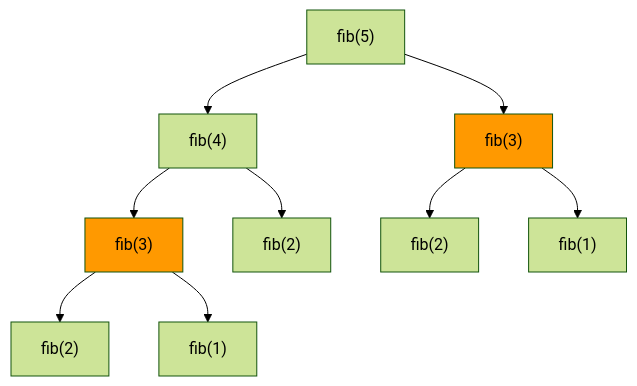
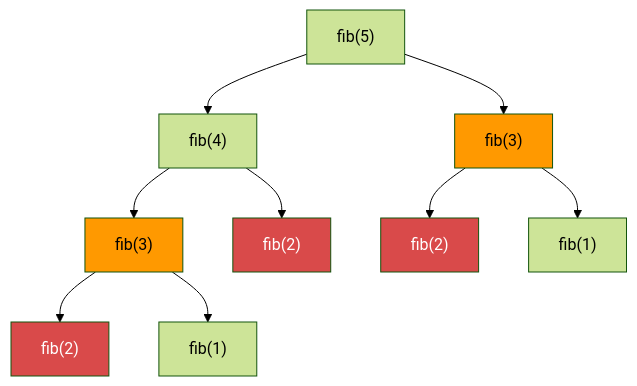
The diagram in docs/42-dynamic-programming.md (valarpirai/software-enginneering), drawn with Mermaid (forest theme) before and after one commit. The commit also changed other lines of this file and 4 other files, not shown here.

````diff
--- a/docs/42-dynamic-programming.md
+++ b/docs/42-dynamic-programming.md
@@ -31,9 +33,12 @@
 ```mermaid
 graph TD
     F5["fib(5)"] --> F4["fib(4)"] & F3A["fib(3)"]
     F4 --> F3B["fib(3)"] & F2A["fib(2)"]
     F3A --> F2B["fib(2)"] & F1A["fib(1)"]
     F3B --> F2C["fib(2)"] & F1B["fib(1)"]
     style F3A fill:#ff9900,color:#000
     style F3B fill:#ff9900,color:#000
+    style F2A fill:#d94a4a,color:#fff
+    style F2B fill:#d94a4a,color:#fff
+    style F2C fill:#d94a4a,color:#fff
 ```
````
